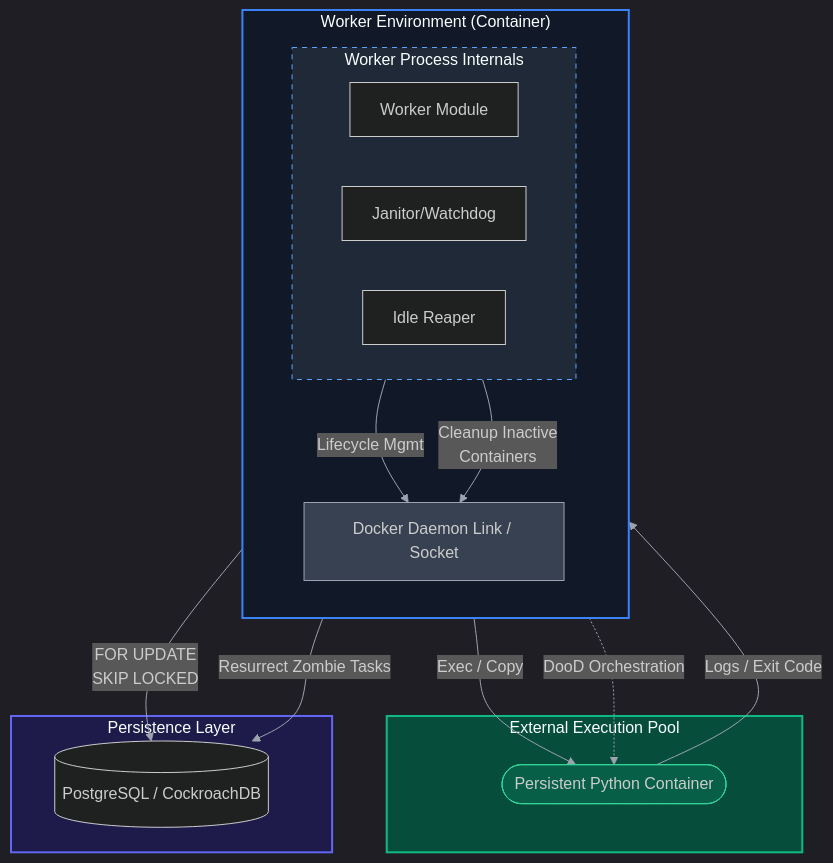
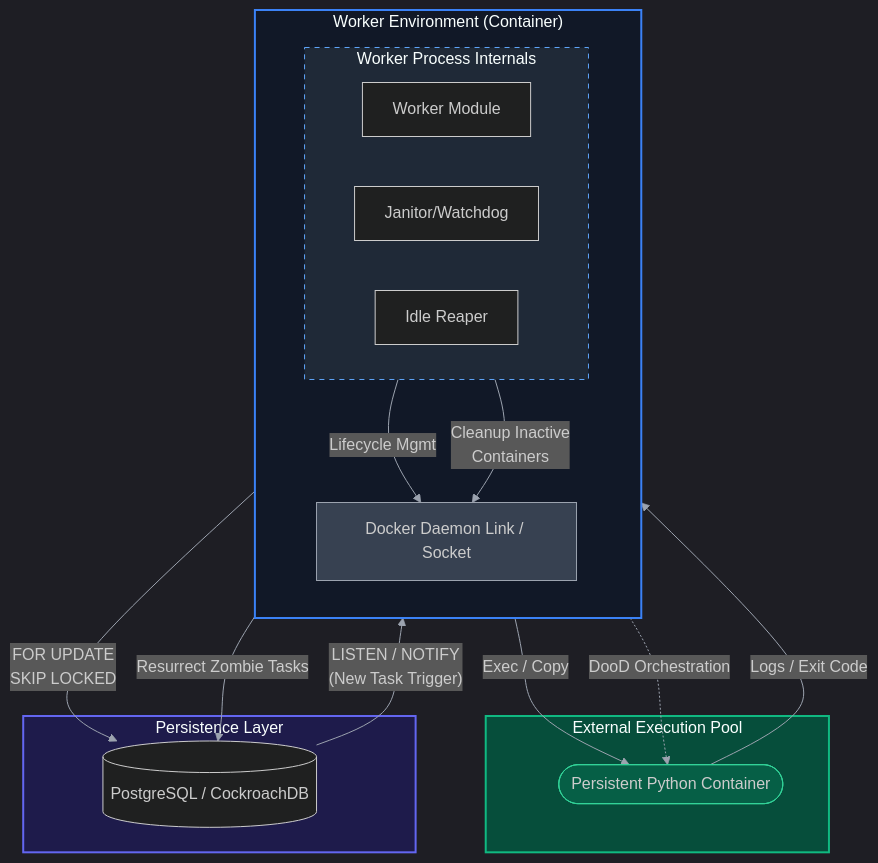
One commit to halidrauf/Continuum changed the diagram in readme.md. Above: the diagram before and after it, drawn with Mermaid.

Commit message:
INFO: Ensure Notify/Trigger on architecture

````diff
--- a/readme.md
+++ b/readme.md
@@ -21,41 +21,41 @@
 ```mermaid
 %%{init: { 'theme': 'dark', 'themeVariables': { 'primaryColor': '#1f2937', 'primaryTextColor': '#f3f4f6', 'primaryBorderColor': '#3b82f6', 'lineColor': '#9ca3af', 'secondaryColor': '#111827', 'tertiaryColor': '#1f2937'}}}%%
 graph TD
     subgraph WContainer ["Worker Environment (Container)"]
         direction TB
         subgraph WP ["Worker Process Internals"]
             direction LR
             W1[Worker Module]
             J[Janitor/Watchdog]
             R[Idle Reaper]
         end
         MD[Docker Daemon Link / Socket]
     end
 
     subgraph CP ["External Execution Pool"]
         T1([Persistent Python Container])
     end
 
     subgraph Storage ["Persistence Layer"]
         DB[(PostgreSQL / CockroachDB)]
     end
 
     %% Connections
+    DB -- "LISTEN / NOTIFY<br/>(New Task Trigger)" --> W1
     W1 -- "FOR UPDATE<br/>SKIP LOCKED" --> DB
     W1 -- "Exec / Copy" --> T1
     W1 -- "Lifecycle Mgmt" --> MD
     T1 -- "Logs / Exit Code" --> W1
     
     J -- "Resurrect Zombie Tasks" --> DB
     R -- "Cleanup Inactive<br/>Containers" --> MD
     MD -. "DooD Orchestration" .-> T1
 
     %% Styling
     style WContainer fill:#111827,stroke:#3b82f6,stroke-width:2px
     style WP fill:#1f2937,stroke:#60a5fa,stroke-dasharray: 5 5
     style CP fill:#064e3b,stroke:#10b981,stroke-width:2px
     style Storage fill:#1e1b4b,stroke:#6366f1,stroke-width:2px
     style MD fill:#374151,stroke:#9ca3af
     style T1 fill:#065f46,stroke:#34d399
-
 ```
````
